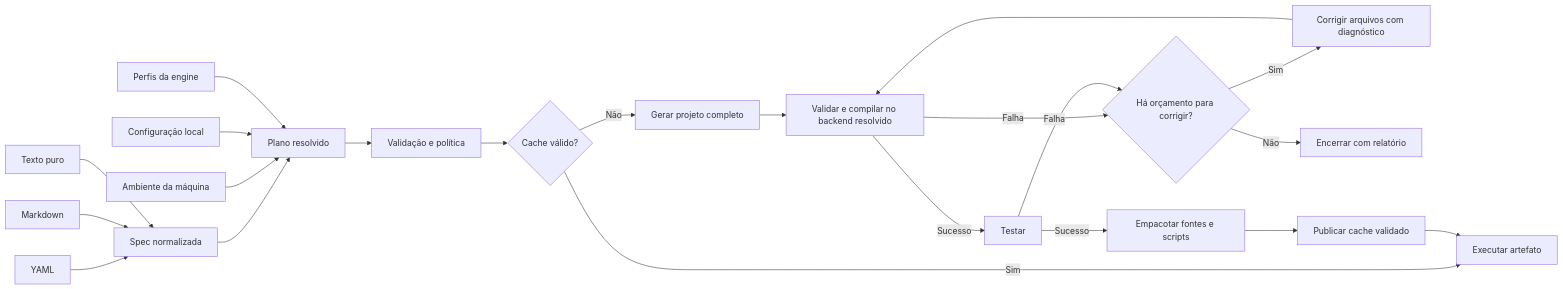
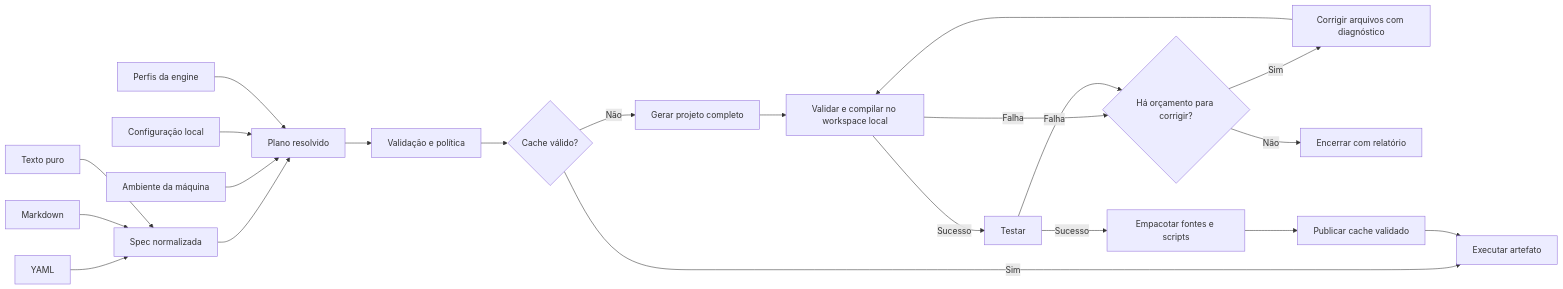
Before and after one commit to omarceloribeiro/crexe: the diagram in docs/PLANO_V1.md, drawn with Mermaid. The commit also changed other lines of this file and 1 other file, not shown here.

Commit message:
docs: simplify v1 execution to temporary host workspace

````diff
--- a/docs/PLANO_V1.md
+++ b/docs/PLANO_V1.md
@@ -271,24 +272,24 @@
 ```mermaid
 flowchart LR
   Y[YAML] --> N[Spec normalizada]
   M[Markdown] --> N
   T[Texto puro] --> N
   N --> R[Plano resolvido]
   E[Ambiente da máquina] --> R
   C[Configuração local] --> R
   P[Perfis da engine] --> R
   R --> V[Validação e política]
   V --> H{Cache válido?}
   H -->|Sim| X[Executar artefato]
   H -->|Não| G[Gerar projeto completo]
-  G --> B[Validar e compilar no backend resolvido]
+  G --> B[Validar e compilar no workspace local]
   B -->|Sucesso| S[Testar]
   B -->|Falha| F{Há orçamento para corrigir?}
   S -->|Falha| F
   F -->|Sim| C1[Corrigir arquivos com diagnóstico]
   C1 --> B
   F -->|Não| E1[Encerrar com relatório]
   S -->|Sucesso| Z[Empacotar fontes e scripts]
   Z --> K[Publicar cache validado]
   K --> X
 ```
````
